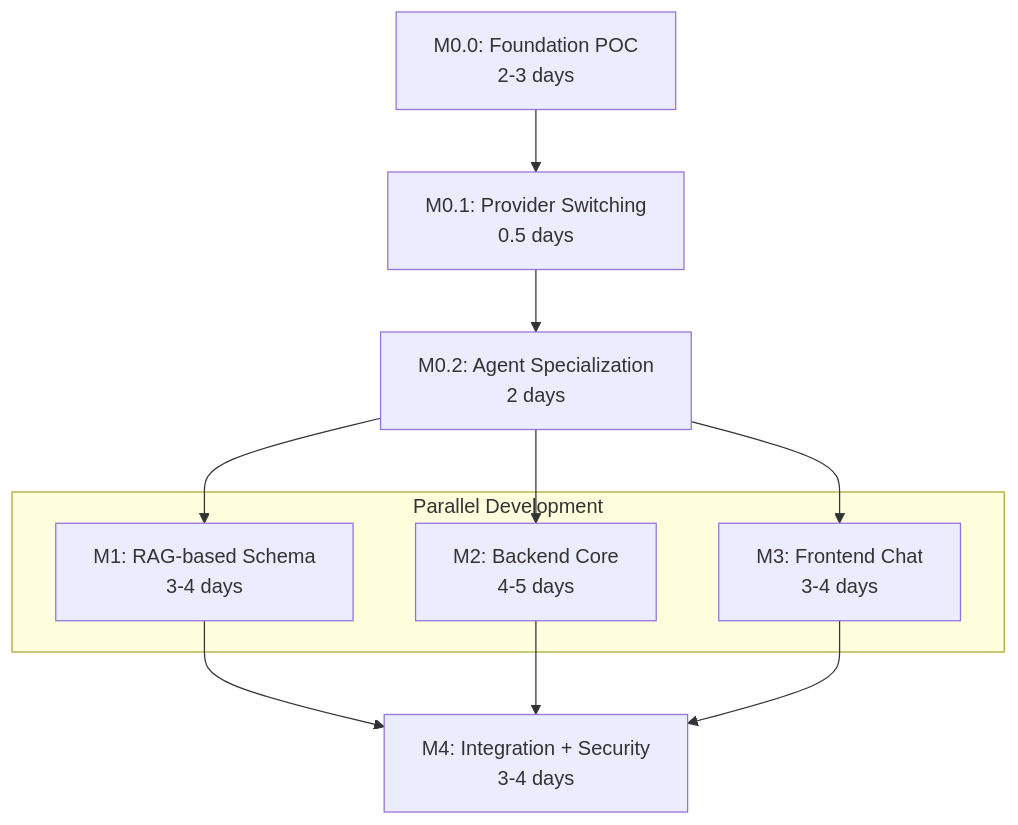
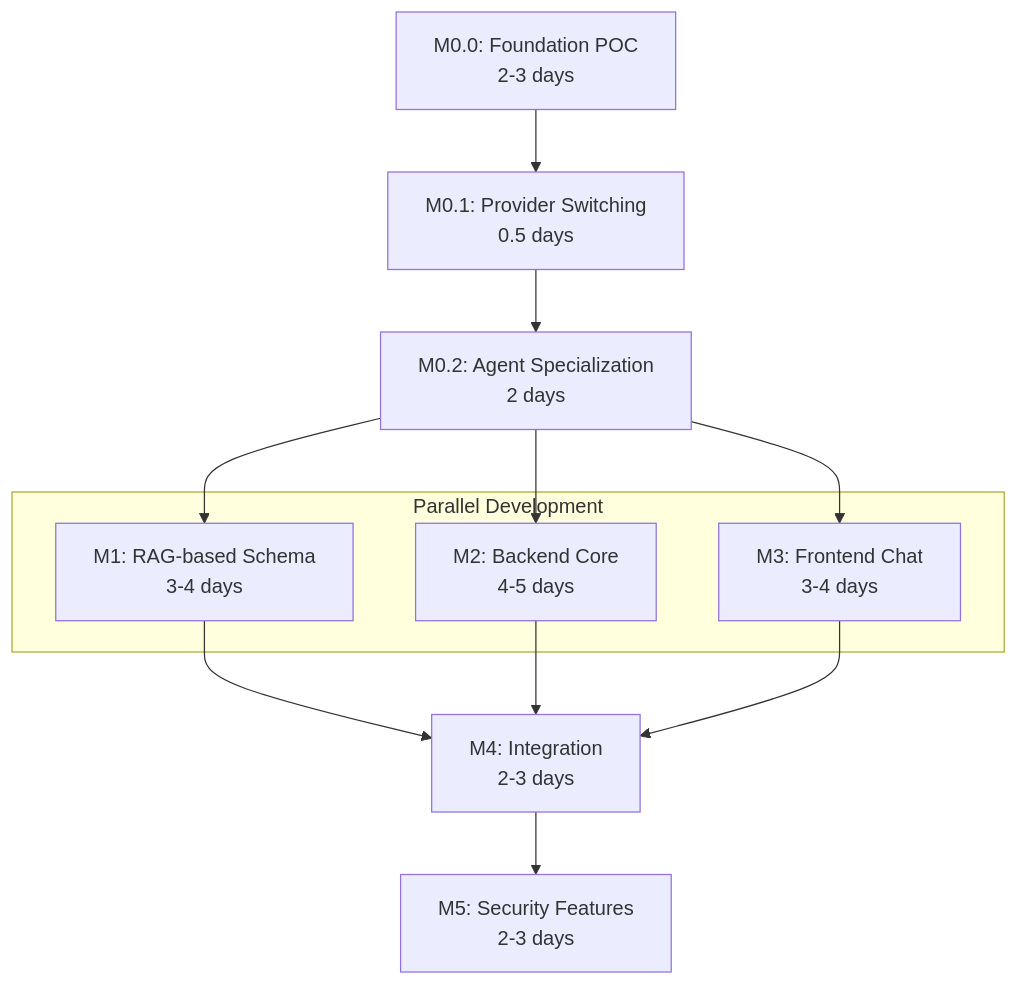
Before and after one commit to DIGI-UW/OpenELIS-Global-2: the diagram in specs/OGC-070-catalyst-assistant/plan.md, drawn with Mermaid. The commit also changed other lines of this file and 7 other files, not shown here.

````diff
--- a/specs/OGC-070-catalyst-assistant/plan.md
+++ b/specs/OGC-070-catalyst-assistant/plan.md
@@ -463,17 +524,18 @@
 ```mermaid
 graph TD
     M00["M0.0: Foundation POC<br/>2-3 days"] --> M01["M0.1: Provider Switching<br/>0.5 days"]
     M01 --> M02["M0.2: Agent Specialization<br/>2 days"]
     M02 --> M1["M1: RAG-based Schema<br/>3-4 days"]
     M02 --> M2["M2: Backend Core<br/>4-5 days"]
     M02 --> M3["M3: Frontend Chat<br/>3-4 days"]
-    M1 --> M4["M4: Integration + Security<br/>3-4 days"]
+    M1 --> M4["M4: Integration<br/>2-3 days"]
     M2 --> M4
     M3 --> M4
+    M4 --> M5["M5: Security Features<br/>2-3 days"]
 
     subgraph parallel ["Parallel Development"]
         M1
         M2
         M3
     end
 ```
````
